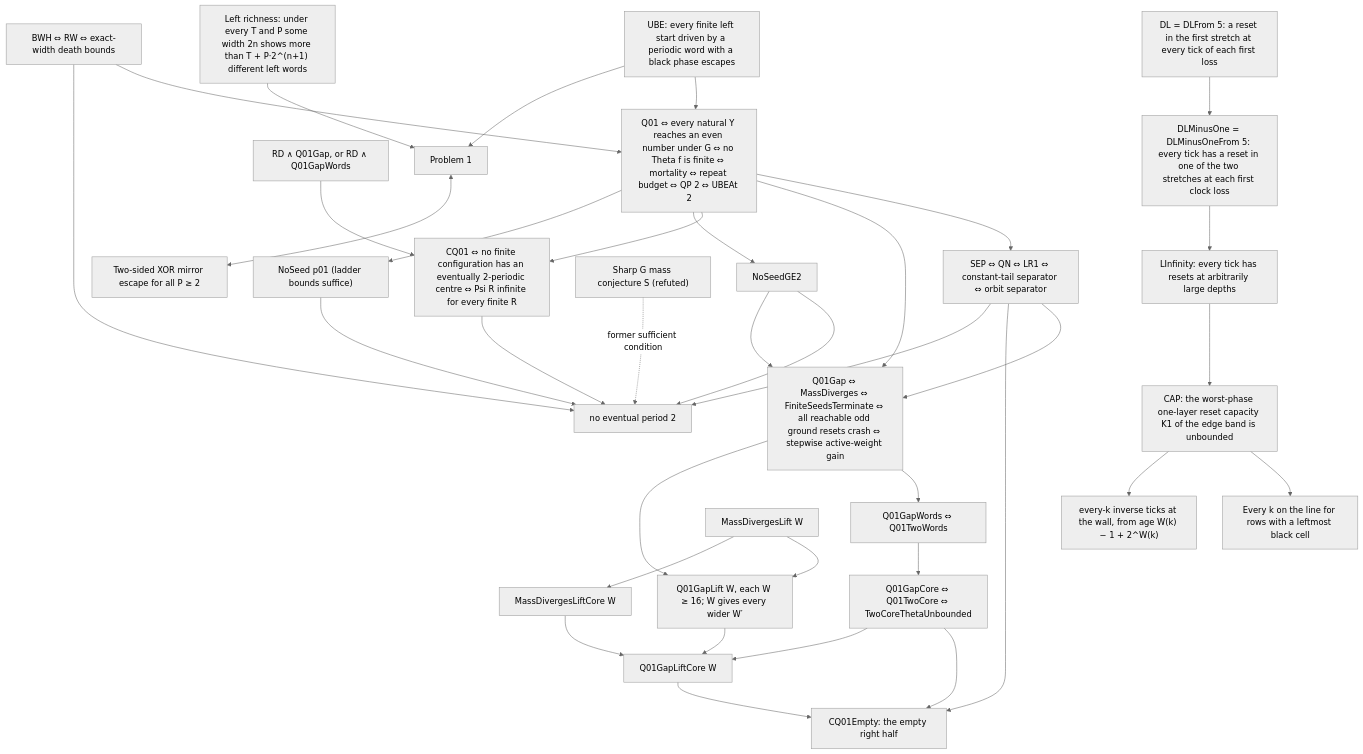
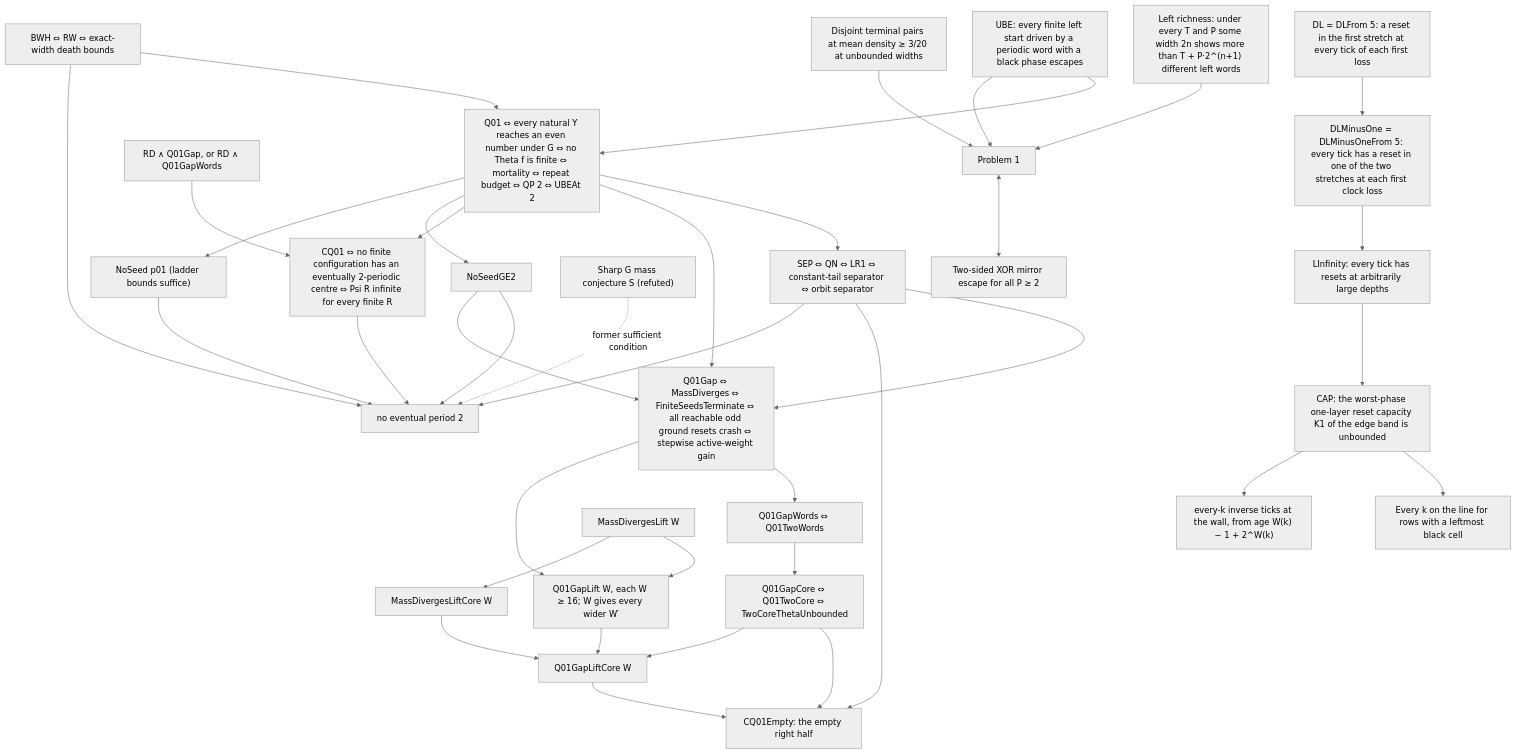
Before and after one commit to ghywel/rule30reset: the diagram in KIT.md, drawn with Mermaid (neutral theme). The commit also changed other lines of this file and 5 other files, not shown here.

````diff
--- a/KIT.md
+++ b/KIT.md
@@ -48,33 +48,34 @@
 ```mermaid
 graph TD
   UBE["UBE: every finite left start driven by a periodic word with a black phase escapes"] --> Q01
   BWH["BWH ⇔ RW ⇔ exact-width death bounds"] --> Q01
   Q01["Q01 ⇔ every natural Y reaches an even number under G ⇔ no Theta f is finite ⇔ mortality ⇔ repeat budget ⇔ QP 2 ⇔ UBEAt 2"]
   Q01 --> SEP["SEP ⇔ QN ⇔ LR1 ⇔ constant-tail separator ⇔ orbit separator"]
   Q01 --> Q01Gap["Q01Gap ⇔ MassDiverges ⇔ FiniteSeedsTerminate ⇔ all reachable odd ground resets crash ⇔ stepwise active-weight gain"]
   SEP --> Q01Gap
   Q01Gap --> Q01GW["Q01GapWords ⇔ Q01TwoWords"]
   Q01GW --> Q01GC["Q01GapCore ⇔ Q01TwoCore ⇔ TwoCoreThetaUnbounded"]
   Q01GC --> CQ01E["CQ01Empty: the empty right half"]
   Q01Gap --> GL["Q01GapLift W, each W ≥ 16; W gives every wider W′"] --> GLC["Q01GapLiftCore W"] --> CQ01E
   Q01GC --> GLC
   MDL["MassDivergesLift W"] --> GL
   MDL --> MDLC["MassDivergesLiftCore W"] --> GLC
   SEP --> CQ01E
   Q01 --> CQ01["CQ01 ⇔ no finite configuration has an eventually 2-periodic centre ⇔ Psi R infinite for every finite R"]
   RDQ["RD ∧ Q01Gap, or RD ∧ Q01GapWords"] --> CQ01
   CQ01 --> NP2["no eventual period 2"]
   Q01 --> NSG["NoSeedGE2"] --> NP2
   NSG --> Q01Gap
   Q01 --> NS01["NoSeed p01 (ladder bounds suffice)"] --> NP2
   CS["Sharp G mass conjecture S (refuted)"] -. "former sufficient condition" .-> NP2
   SEP --> NP2
   BWH --> NP2
   UBE --> P1["Problem 1"]
   RICH["Left richness: under every T and P some width 2n shows more than T + P·2^(n+1) different left words"] --> P1
+  CENSUS["Disjoint terminal pairs at mean density ≥ 3/20 at unbounded widths"] --> P1
   P1 <--> MIR["Two-sided XOR mirror escape for all P ≥ 2"]
   DL["DL = DLFrom 5: a reset in the first stretch at every tick of each first loss"] --> DL1
   DL1["DLMinusOne = DLMinusOneFrom 5: every tick has a reset in one of the two stretches at each first clock loss"] --> LI["LInfinity: every tick has resets at arbitrarily large depths"]
   CAP --> LINE["Every k on the line for rows with a leftmost black cell"]
   LI --> CAP["CAP: the worst-phase one-layer reset capacity K1 of the edge band is unbounded"] --> EVK["every-k inverse ticks at the wall, from age W(k) − 1 + 2^W(k)"]
 ```
````
